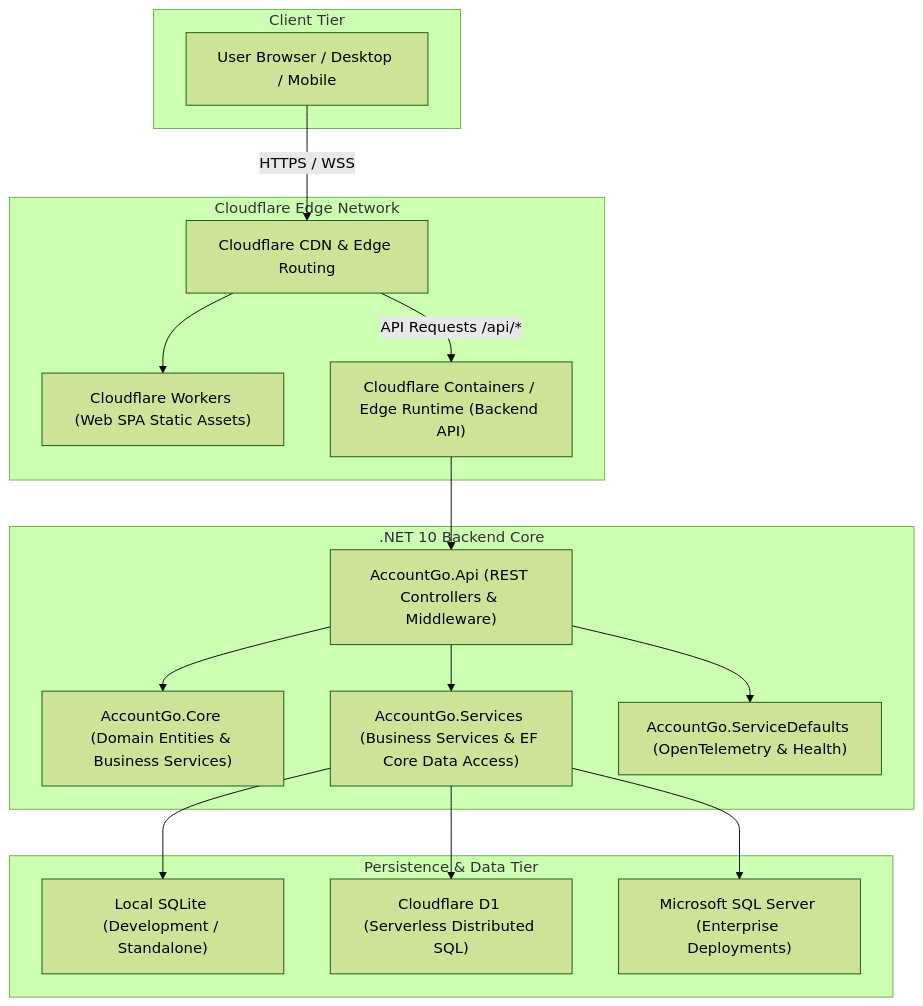
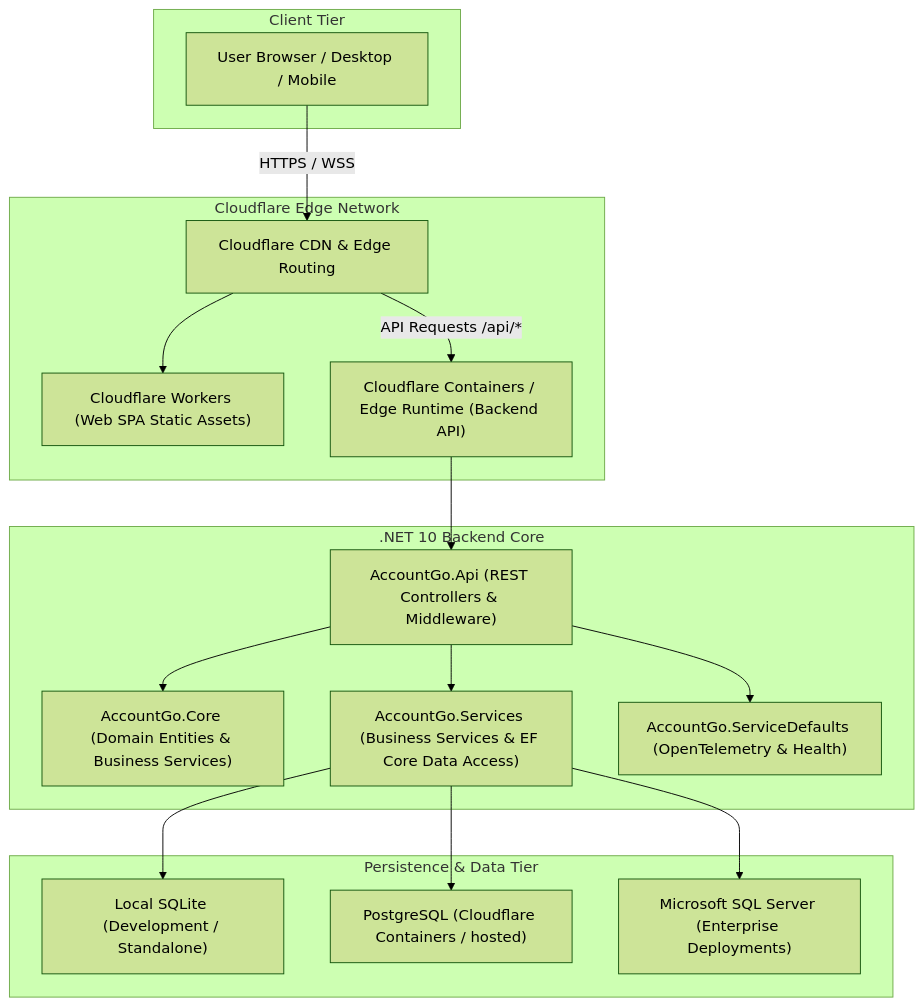
Before and after one commit to AccountGo/accountgo: the first of 2 diagrams in docs/ARCHITECTURE.md, drawn with Mermaid (forest theme). The commit also changed other lines of this file and 99 other files, not shown here.

````diff
--- a/docs/ARCHITECTURE.md
+++ b/docs/ARCHITECTURE.md
@@ -11,36 +11,36 @@
 ```mermaid
 flowchart TD
     subgraph Client["Client Tier"]
         Browser["User Browser / Desktop / Mobile"]
     end
 
     subgraph Edge["Cloudflare Edge Network"]
         CDN["Cloudflare CDN & Edge Routing"]
         WebSPA["Cloudflare Workers (Web SPA Static Assets)"]
         CFContainers["Cloudflare Containers / Edge Runtime (Backend API)"]
     end
 
     subgraph Backend[".NET 10 Backend Core"]
         API["AccountGo.Api (REST Controllers & Middleware)"]
         Core["AccountGo.Core (Domain Entities & Business Services)"]
         Infra["AccountGo.Services (Business Services & EF Core Data Access)"]
         ServiceDefaults["AccountGo.ServiceDefaults (OpenTelemetry & Health)"]
     end
 
     subgraph Storage["Persistence & Data Tier"]
         SQLite["Local SQLite (Development / Standalone)"]
-        D1["Cloudflare D1 (Serverless Distributed SQL)"]
+        PG["PostgreSQL (Cloudflare Containers / hosted)"]
         MSSQL["Microsoft SQL Server (Enterprise Deployments)"]
     end
 
     Browser -->|HTTPS / WSS| CDN
     CDN --> WebSPA
     CDN -->|API Requests /api/*| CFContainers
     CFContainers --> API
     API --> Core
     API --> Infra
     API --> ServiceDefaults
     Infra --> SQLite
-    Infra --> D1
+    Infra --> PG
     Infra --> MSSQL
 ```
````
